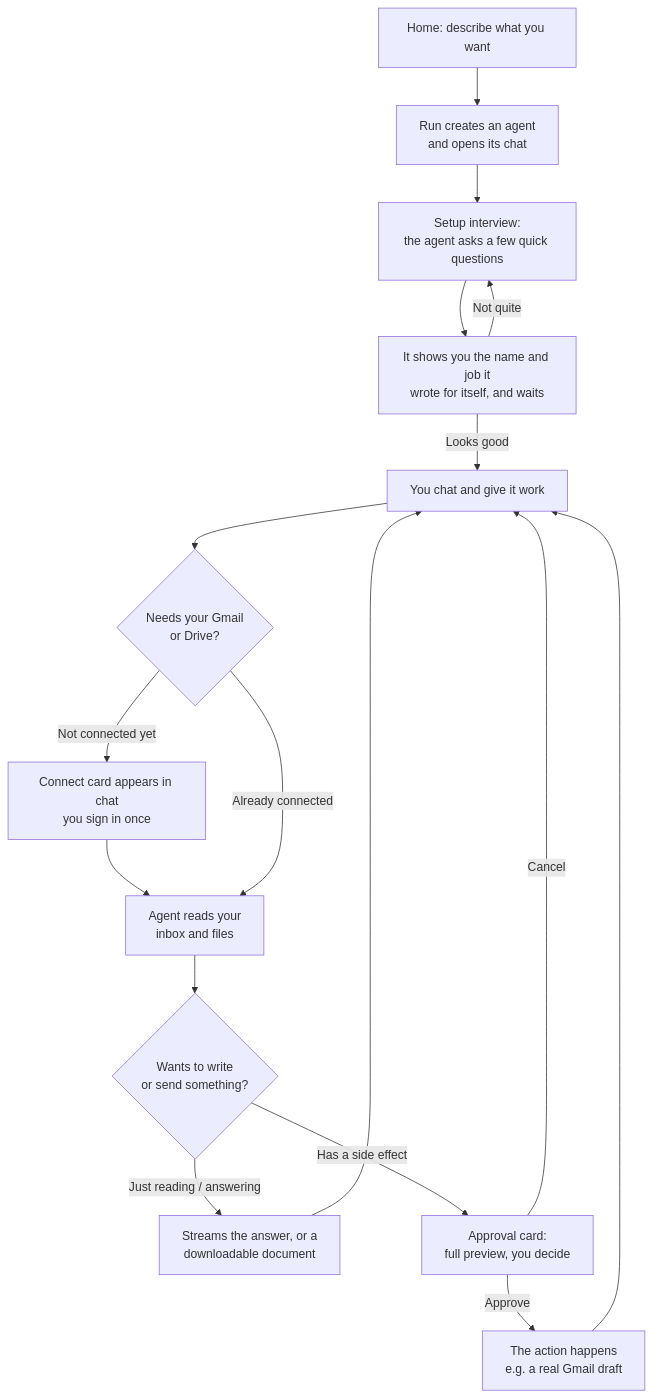
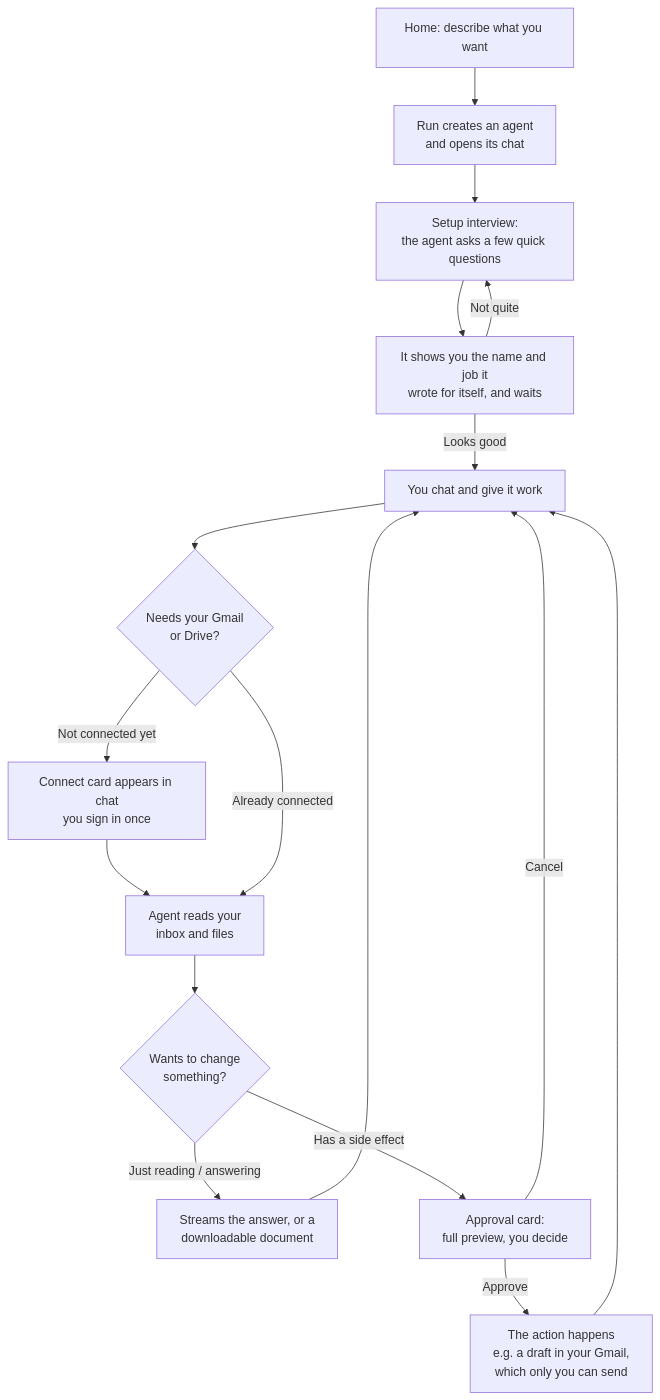
Before and after one commit to choongching/run: the first of 2 diagrams in README.md, drawn with Mermaid. The commit also changed other lines of this file, not shown here.

First line of the commit message:
The journey diagram stops saying send (#205)

````diff
--- a/README.md
+++ b/README.md
@@ -31,19 +31,19 @@
 ```mermaid
 flowchart TD
     A["Home: describe what you want"] --> B["Run creates an agent<br/>and opens its chat"]
     B --> C["Setup interview:<br/>the agent asks a few quick questions"]
     C --> R["It shows you the name and job it<br/>wrote for itself, and waits"]
     R -->|Not quite| C
     R -->|Looks good| D["You chat and give it work"]
     D --> E{"Needs your Gmail<br/>or Drive?"}
     E -->|Not connected yet| F["Connect card appears in chat<br/>you sign in once"]
     F --> G
     E -->|Already connected| G["Agent reads your<br/>inbox and files"]
-    G --> H{"Wants to write<br/>or send something?"}
+    G --> H{"Wants to change<br/>something?"}
     H -->|Just reading / answering| J["Streams the answer, or a<br/>downloadable document"]
     H -->|Has a side effect| I["Approval card:<br/>full preview, you decide"]
-    I -->|Approve| K["The action happens<br/>e.g. a real Gmail draft"]
+    I -->|Approve| K["The action happens<br/>e.g. a draft in your Gmail,<br/>which only you can send"]
     I -->|Cancel| D
     J --> D
     K --> D
 ```
````
